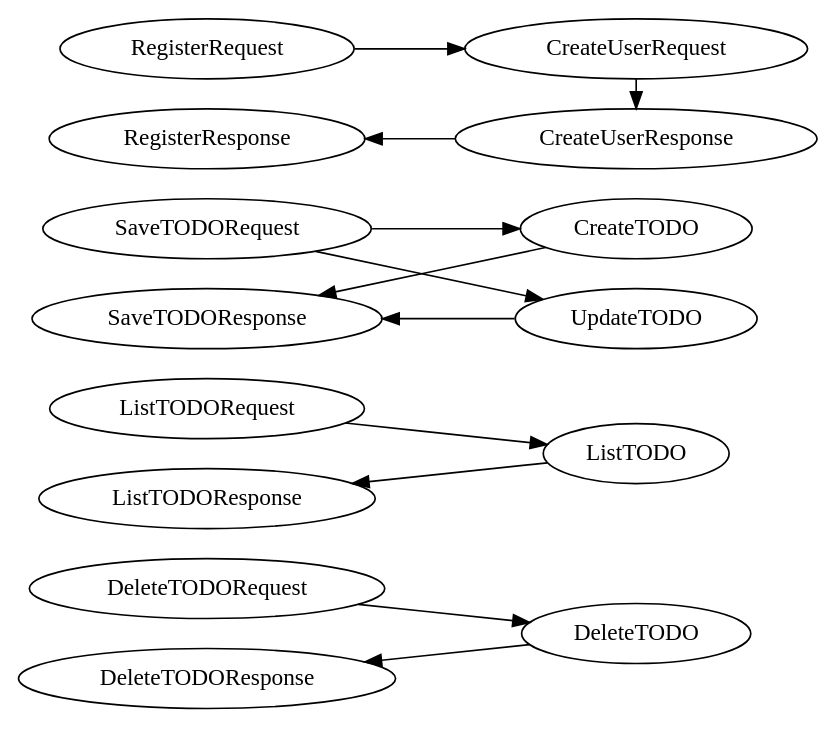
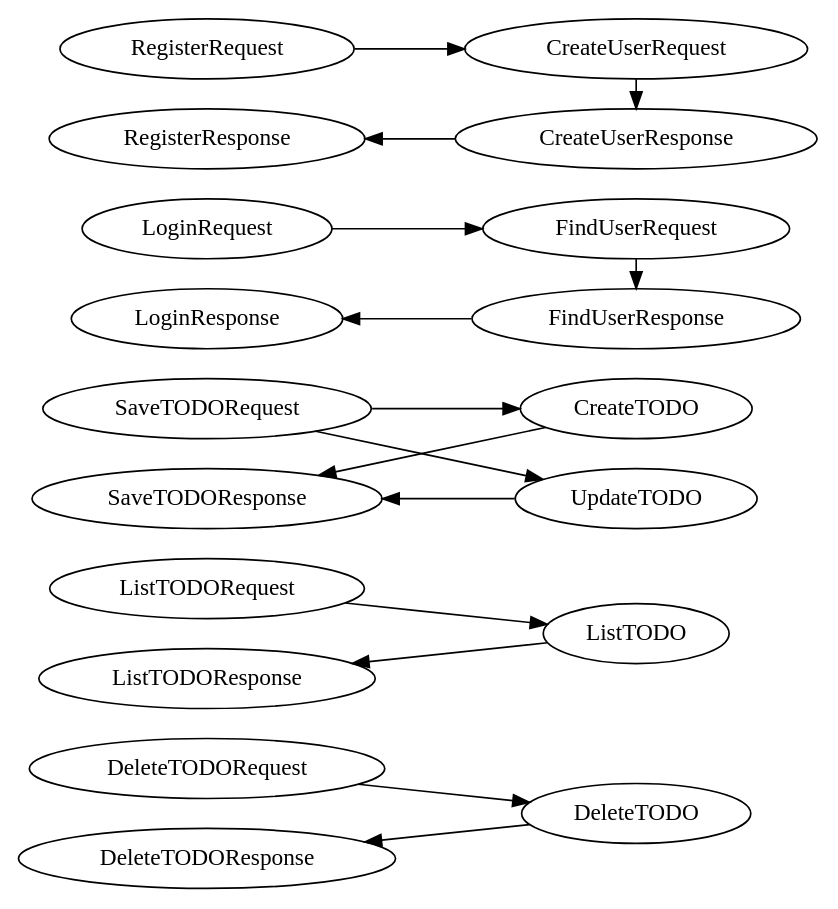
The diagram in DTO_routing.dot (RouR/ToDo-ToBuy), drawn with Graphviz before and after one commit. The commit also changed 64 other files, not shown here.

```diff
--- a/DTO_routing.dot
+++ b/DTO_routing.dot
@@ -1,159 +1,193 @@
 digraph architecture {
 
 
 
 //GraphViz Engine: Dot
 //You can generate image by online generators, for example - https://dreampuf.github.io/GraphvizOnline/
 
 
 
 
 rankdir=LR; 
 
 
 
 
 forcelabels=true;
 
 
 
 
 /* DTO.Public.TODO.DeleteTODORequest */
 
 DTO_Public_TODO_DeleteTODORequest[label="DeleteTODORequest"];
 
 /* DTO.Public.TODO.DeleteTODOResponse */
 
 DTO_Public_TODO_DeleteTODOResponse[label="DeleteTODOResponse"];
 
 /* DTO.Public.TODO.ListTODORequest */
 
 DTO_Public_TODO_ListTODORequest[label="ListTODORequest"];
 
 /* DTO.Public.TODO.ListTODOResponse */
 
 DTO_Public_TODO_ListTODOResponse[label="ListTODOResponse"];
 
 /* DTO.Public.TODO.SaveTODORequest */
 
 DTO_Public_TODO_SaveTODORequest[label="SaveTODORequest"];
 
 /* DTO.Public.TODO.SaveTODOResponse */
 
 DTO_Public_TODO_SaveTODOResponse[label="SaveTODOResponse"];
 
+/* DTO.Public.Account.LoginRequest */
+
+DTO_Public_Account_LoginRequest[label="LoginRequest"];
+
+/* DTO.Public.Account.LoginResponse */
+
+DTO_Public_Account_LoginResponse[label="LoginResponse"];
+
 /* DTO.Public.Account.RegisterRequest */
 
 DTO_Public_Account_RegisterRequest[label="RegisterRequest"];
 
 /* DTO.Public.Account.RegisterResponse */
 
 DTO_Public_Account_RegisterResponse[label="RegisterResponse"];
 
 /* DTO.Internal.TODO.CreateTODO */
 
 DTO_Internal_TODO_CreateTODO[label="CreateTODO"];
 
 /* DTO.Internal.TODO.DeleteTODO */
 
 DTO_Internal_TODO_DeleteTODO[label="DeleteTODO"];
 
 /* DTO.Internal.TODO.ListTODO */
 
 DTO_Internal_TODO_ListTODO[label="ListTODO"];
 
 /* DTO.Internal.TODO.UpdateTODO */
 
 DTO_Internal_TODO_UpdateTODO[label="UpdateTODO"];
 
 /* DTO.Internal.Account.CreateUserRequest */
 
 DTO_Internal_Account_CreateUserRequest[label="CreateUserRequest"];
 
 /* DTO.Internal.Account.CreateUserResponse */
 
 DTO_Internal_Account_CreateUserResponse[label="CreateUserResponse"];
 
+/* DTO.Internal.Account.FindUserRequest */
+
+DTO_Internal_Account_FindUserRequest[label="FindUserRequest"];
+
+/* DTO.Internal.Account.FindUserResponse */
+
+DTO_Internal_Account_FindUserResponse[label="FindUserResponse"];
 
 
 
 
 
 
-subgraph _87ff5f13eef14d07a64e9da9a5fa8186 {
+
+subgraph _869ce41f1cf749fd9716d0c3550d9e5a {
 
 
 
 DTO_Public_TODO_SaveTODORequest -> DTO_Internal_TODO_CreateTODO[color="black"];
 
 DTO_Internal_TODO_CreateTODO -> DTO_Public_TODO_SaveTODOResponse[color="black"];
 
 DTO_Public_TODO_SaveTODORequest -> DTO_Internal_TODO_UpdateTODO[color="black"];
 
 DTO_Internal_TODO_UpdateTODO -> DTO_Public_TODO_SaveTODOResponse[color="black"];
 
 }
 
 
 
 
 
 
 
-subgraph cc114dd29e2844db88606c5bda228f82 {
+subgraph db1f3ae7211e4103a1d3b02801ec91ae {
 
 
 
 DTO_Public_TODO_DeleteTODORequest -> DTO_Internal_TODO_DeleteTODO[color="black"];
 
 DTO_Internal_TODO_DeleteTODO -> DTO_Public_TODO_DeleteTODOResponse[color="black"];
 
 }
 
 
 
 
 
 
 
-subgraph _5d96e4b989404551bf7d43602ef0df07 {
+subgraph _7f284cf7c445458b818ad412d91ca8fc {
 
 
 
 DTO_Public_TODO_ListTODORequest -> DTO_Internal_TODO_ListTODO[color="black"];
 
 DTO_Internal_TODO_ListTODO -> DTO_Public_TODO_ListTODOResponse[color="black"];
 
 }
 
 
 
 
 
 
 
-subgraph _77e5fd518d97415ab5a2776505a423fe {
+subgraph e494ec12e44e4ca090d8892f950a640b {
 
 
 
 DTO_Public_Account_RegisterRequest -> DTO_Internal_Account_CreateUserRequest[color="black"];
 
 DTO_Internal_Account_CreateUserRequest -> DTO_Internal_Account_CreateUserResponse[color="black"];
 
 DTO_Internal_Account_CreateUserResponse -> DTO_Public_Account_RegisterResponse[color="black"];
 
 }
 
 
 
 
-{/* ServiceName Web*/ rank=same;DTO_Public_TODO_DeleteTODORequest, DTO_Public_TODO_DeleteTODOResponse, DTO_Public_TODO_ListTODORequest, DTO_Public_TODO_ListTODOResponse, DTO_Public_TODO_SaveTODORequest, DTO_Public_TODO_SaveTODOResponse, DTO_Public_Account_RegisterRequest, DTO_Public_Account_RegisterResponse}
+
+
+
+subgraph cab4cd83772c4d7ea5af90ce3e5bbabc {
+
+
+
+DTO_Public_Account_LoginRequest -> DTO_Internal_Account_FindUserRequest[color="black"];
+
+DTO_Internal_Account_FindUserRequest -> DTO_Internal_Account_FindUserResponse[color="black"];
+
+DTO_Internal_Account_FindUserResponse -> DTO_Public_Account_LoginResponse[color="black"];
+
+}
+
+
+
+
+{/* ServiceName Web*/ rank=same;DTO_Public_TODO_DeleteTODORequest, DTO_Public_TODO_DeleteTODOResponse, DTO_Public_TODO_ListTODORequest, DTO_Public_TODO_ListTODOResponse, DTO_Public_TODO_SaveTODORequest, DTO_Public_TODO_SaveTODOResponse, DTO_Public_Account_LoginRequest, DTO_Public_Account_LoginResponse, DTO_Public_Account_RegisterRequest, DTO_Public_Account_RegisterResponse}
 
 {/* ServiceName ToDoSrv*/ rank=same;DTO_Internal_TODO_CreateTODO, DTO_Internal_TODO_DeleteTODO, DTO_Internal_TODO_ListTODO, DTO_Internal_TODO_UpdateTODO}
 
-{/* ServiceName Account*/ rank=same;DTO_Internal_Account_CreateUserRequest, DTO_Internal_Account_CreateUserResponse}
+{/* ServiceName Account*/ rank=same;DTO_Internal_Account_CreateUserRequest, DTO_Internal_Account_CreateUserResponse, DTO_Internal_Account_FindUserRequest, DTO_Internal_Account_FindUserResponse}
 
 
 
 
 }
```
